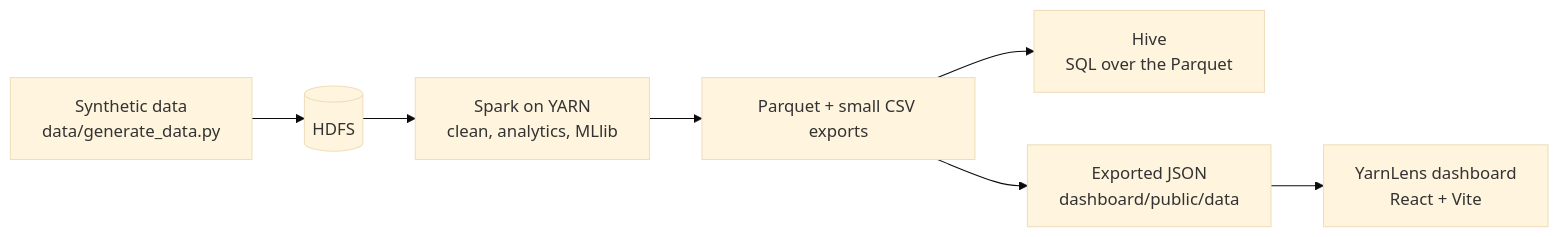
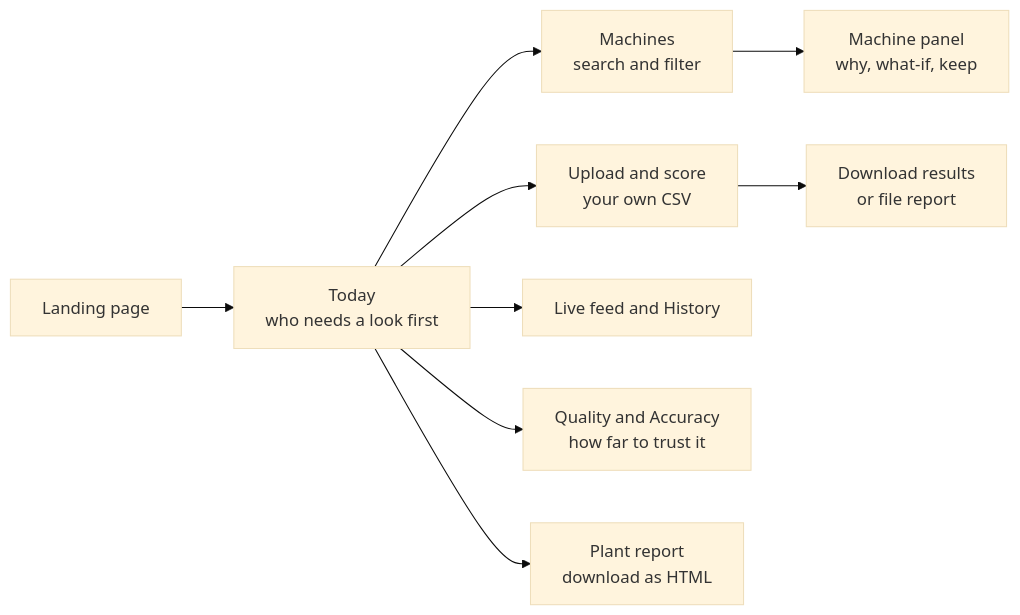
The first of 2 diagrams in README.md (Mohith417/manufacturing-yarn-analytics), drawn with Mermaid (base theme) before and after one commit. The commit also changed other lines of this file, not shown here.

````diff
--- a/README.md
+++ b/README.md
@@ -127,9 +146,11 @@
 ```mermaid
 flowchart LR
-    A["Synthetic data<br/>data/generate_data.py"] --> B[("HDFS")]
-    B --> C["Spark on YARN<br/>clean, analytics, MLlib"]
-    C --> D["Parquet + small CSV exports"]
-    D --> E["Hive<br/>SQL over the Parquet"]
-    D --> F["Exported JSON<br/>dashboard/public/data"]
-    F --> G["YarnLens dashboard<br/>React + Vite"]
+    A["Landing page"] --> B["Today<br/>who needs a look first"]
+    B --> C["Machines<br/>search and filter"]
+    C --> D["Machine panel<br/>why, what-if, keep"]
+    B --> E["Upload and score<br/>your own CSV"]
+    E --> F["Download results<br/>or file report"]
+    B --> G["Live feed and History"]
+    B --> H["Quality and Accuracy<br/>how far to trust it"]
+    B --> I["Plant report<br/>download as HTML"]
 ```
````
